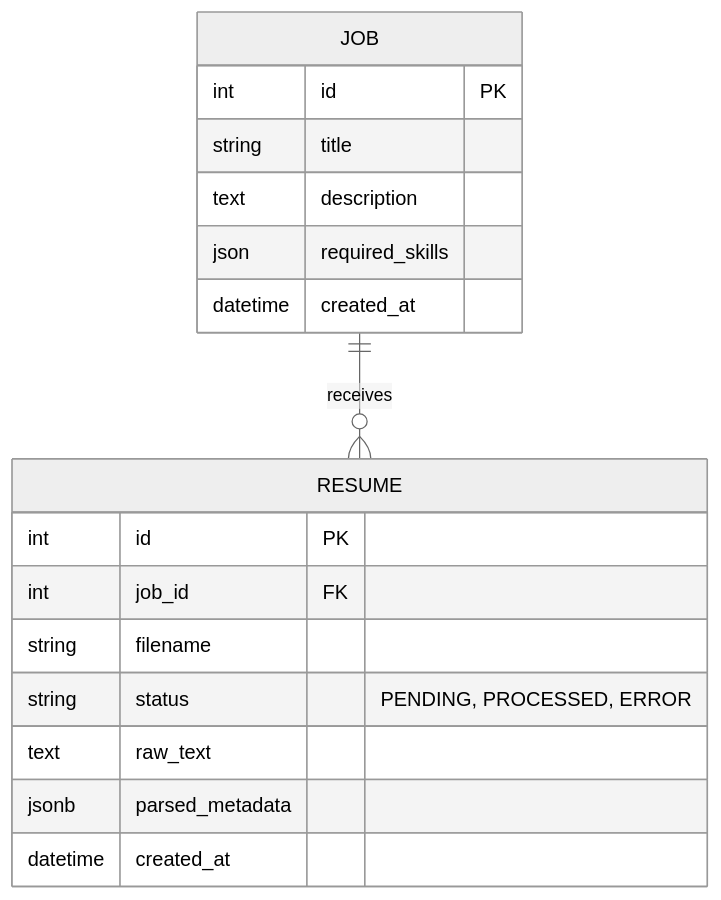
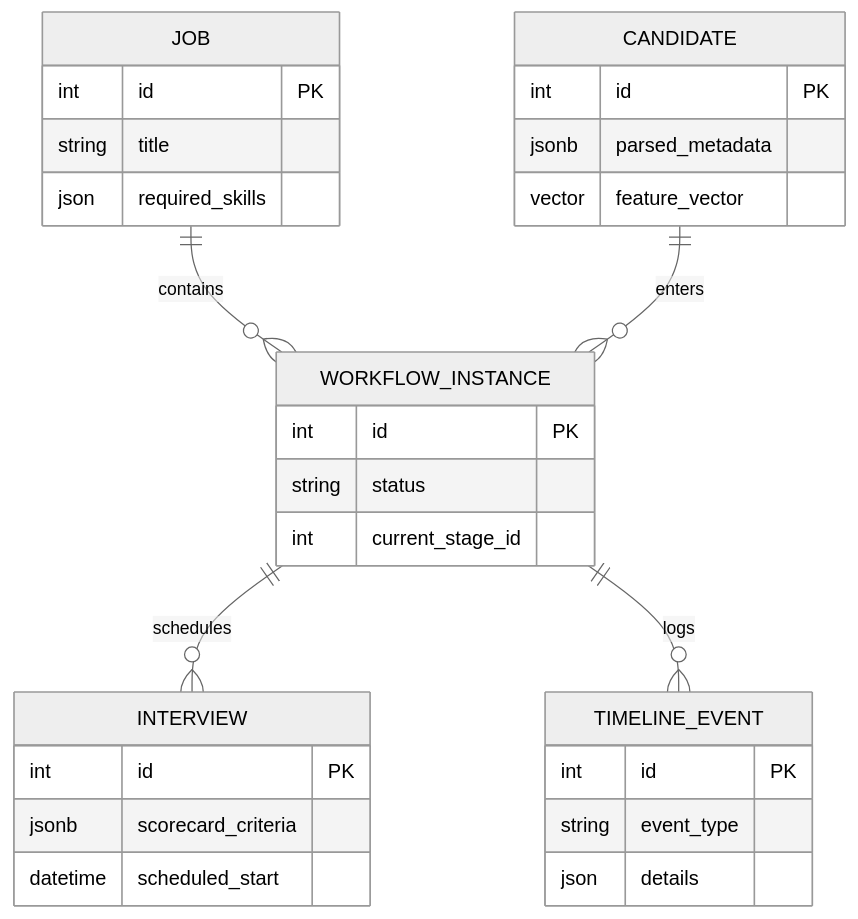
The diagram in docs/05_BACKEND_SCHEMA.md (vanshbahl/resume-screener), drawn with Mermaid (neutral theme) before and after one commit. The commit also changed other lines of this file and 5 other files, not shown here.

````diff
--- a/docs/05_BACKEND_SCHEMA.md
+++ b/docs/05_BACKEND_SCHEMA.md
@@ -40,22 +28,37 @@
 ```mermaid
 erDiagram
-    JOB ||--o{ RESUME : "receives"
+    JOB ||--o{ WORKFLOW_INSTANCE : "contains"
+    CANDIDATE ||--o{ WORKFLOW_INSTANCE : "enters"
+    WORKFLOW_INSTANCE ||--o{ INTERVIEW : "schedules"
+    WORKFLOW_INSTANCE ||--o{ TIMELINE_EVENT : "logs"
 
     JOB {
         int id PK
         string title
-        text description
         json required_skills
-        datetime created_at
     }
 
-    RESUME {
+    CANDIDATE {
         int id PK
-        int job_id FK
-        string filename
-        string status "PENDING, PROCESSED, ERROR"
-        text raw_text
         jsonb parsed_metadata
-        datetime created_at
+        vector feature_vector
+    }
+    
+    WORKFLOW_INSTANCE {
+        int id PK
+        string status
+        int current_stage_id
+    }
+    
+    INTERVIEW {
+        int id PK
+        jsonb scorecard_criteria
+        datetime scheduled_start
+    }
+    
+    TIMELINE_EVENT {
+        int id PK
+        string event_type
+        json details
     }
 ```
````
